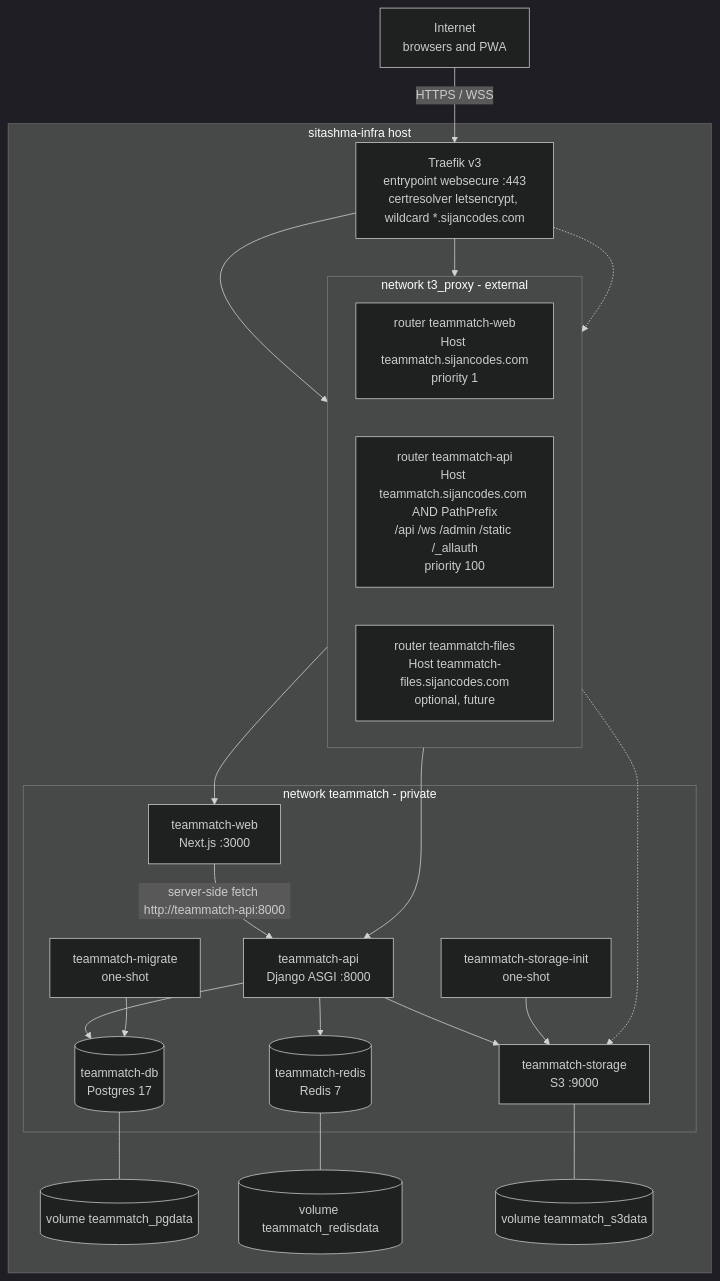
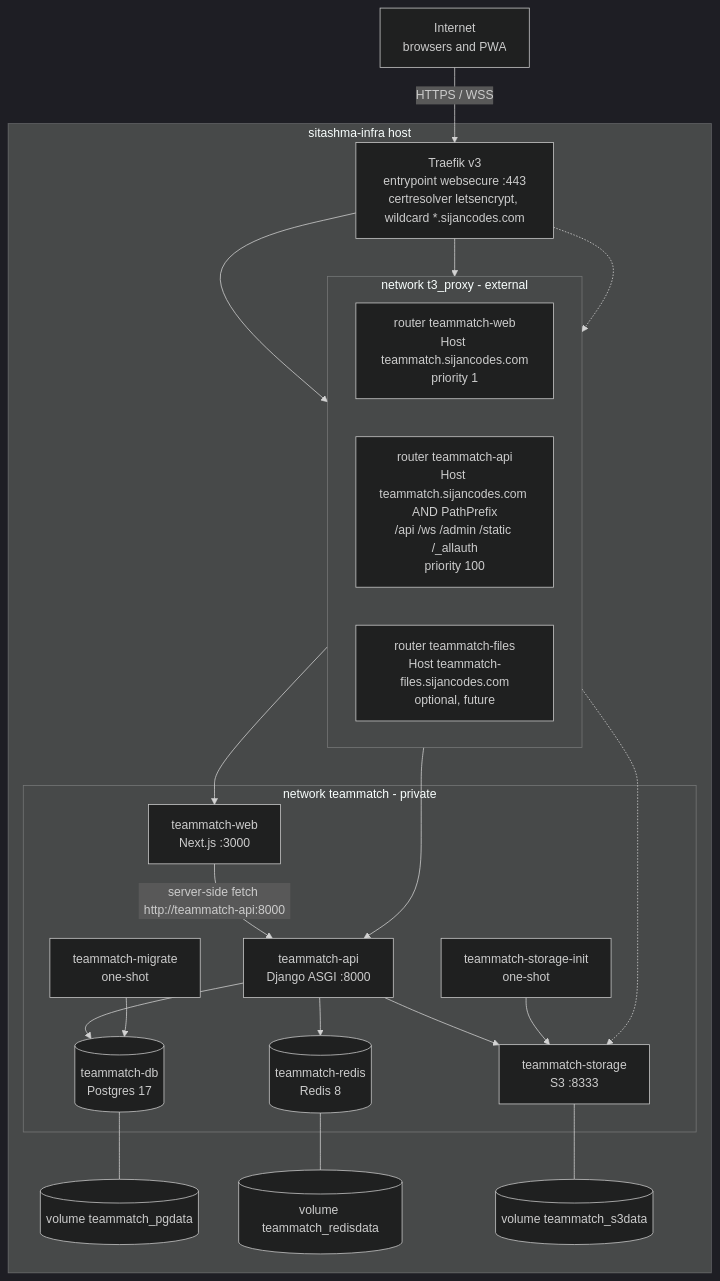
The diagram in docs/architecture/deployment.md (season101/teammatch), drawn with Mermaid (dark theme) before and after one commit. The commit also changed other lines of this file and 13 other files, not shown here.

````diff
--- a/docs/architecture/deployment.md
+++ b/docs/architecture/deployment.md
@@ -7,45 +7,45 @@
 ```mermaid
 flowchart TB
     internet["Internet<br/>browsers and PWA"]
 
     subgraph infra ["sitashma-infra host"]
         traefik["Traefik v3<br/>entrypoint websecure :443<br/>certresolver letsencrypt, wildcard *.sijancodes.com"]
 
         subgraph t3 ["network t3_proxy - external"]
             direction LR
             r_web["router teammatch-web<br/>Host teammatch.sijancodes.com<br/>priority 1"]
             r_api["router teammatch-api<br/>Host teammatch.sijancodes.com AND PathPrefix<br/>/api /ws /admin /static /_allauth<br/>priority 100"]
             r_files["router teammatch-files<br/>Host teammatch-files.sijancodes.com<br/>optional, future"]
         end
 
         subgraph priv ["network teammatch - private"]
             web["teammatch-web<br/>Next.js :3000"]
             api["teammatch-api<br/>Django ASGI :8000"]
-            storage["teammatch-storage<br/>S3 :9000"]
+            storage["teammatch-storage<br/>S3 :8333"]
             db[("teammatch-db<br/>Postgres 17")]
-            redis[("teammatch-redis<br/>Redis 7")]
+            redis[("teammatch-redis<br/>Redis 8")]
             migrate["teammatch-migrate<br/>one-shot"]
             minit["teammatch-storage-init<br/>one-shot"]
         end
 
         v_pg[("volume teammatch_pgdata")]
         v_redis[("volume teammatch_redisdata")]
         v_s3[("volume teammatch_s3data")]
     end
 
     internet -->|"HTTPS / WSS"| traefik
     traefik --> r_web --> web
     traefik --> r_api --> api
     traefik -.-> r_files -.-> storage
 
     web -->|"server-side fetch http://teammatch-api:8000"| api
     api --> db
     api --> redis
     api --> storage
     migrate --> db
     minit --> storage
 
     db --- v_pg
     redis --- v_redis
     storage --- v_s3
 ```
````
